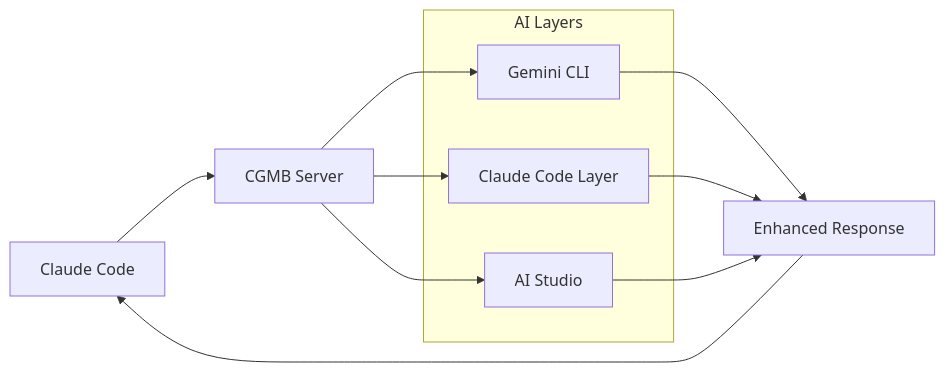
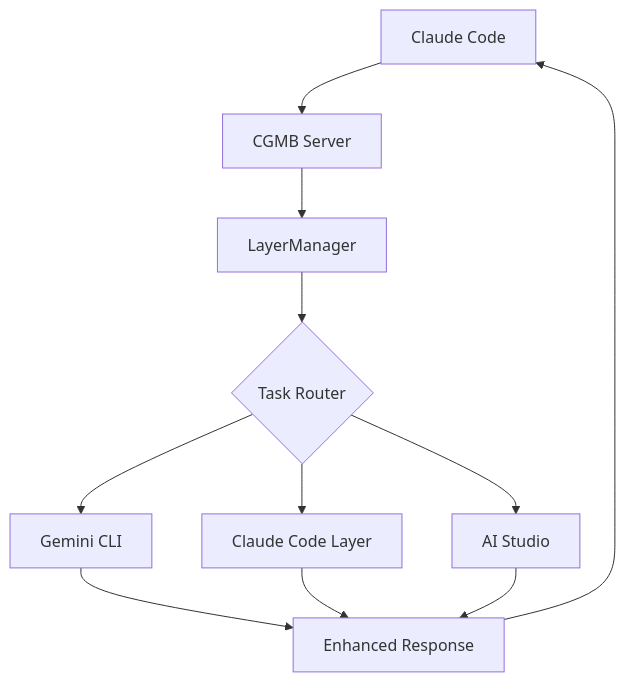
Before and after one commit to goodaymmm/claude-gemini-multimodal-bridge: the diagram in README.md, drawn with Mermaid.

Commit message:
🎨 redesign: Vertical flow architecture with central routing hub
- Inspired by MultmoCast-style architecture diagram
- Create clear vertical flow: Claude Code → CGMB → LayerManager → Task Router
- Central diamond router distributes to three AI layers
- Clean convergence back to Enhanced Response
- Mimics the hierarchical structure shown in reference image

🤖 Generated with [Claude Code](https://claude.ai/code)

````diff
--- a/README.md
+++ b/README.md
@@ -36,20 +36,16 @@
 ```mermaid
-flowchart LR
+flowchart TD
     A[Claude Code] --> B[CGMB Server]
+    B --> C[LayerManager]
+    C --> D{Task Router}
     
-    B --> C[Gemini CLI]
-    B --> D[Claude Code Layer]
-    B --> E[AI Studio]
+    D --> E[Gemini CLI]
+    D --> F[Claude Code Layer]
+    D --> G[AI Studio]
     
-    C --> F[Enhanced Response]
-    D --> F
-    E --> F
+    E --> H[Enhanced Response]
+    F --> H
+    G --> H
     
-    F --> A
-    
-    subgraph layers [" AI Layers "]
-        C
-        D  
-        E
-    end
+    H --> A
 ```
````
